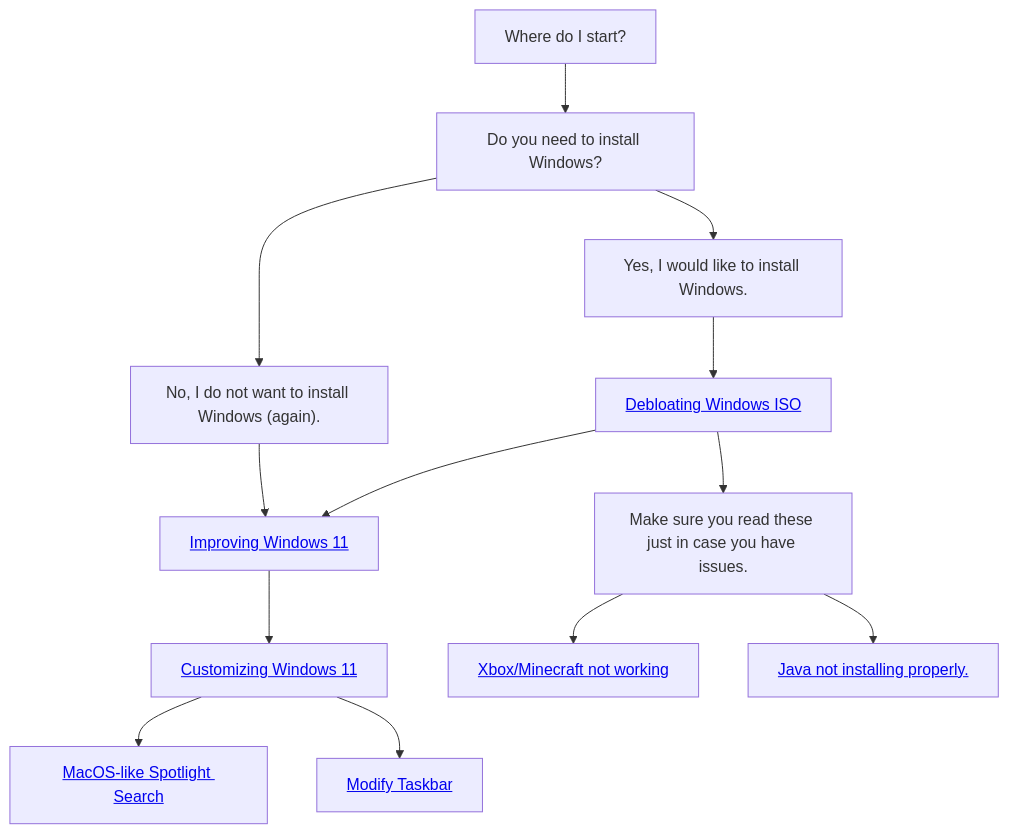
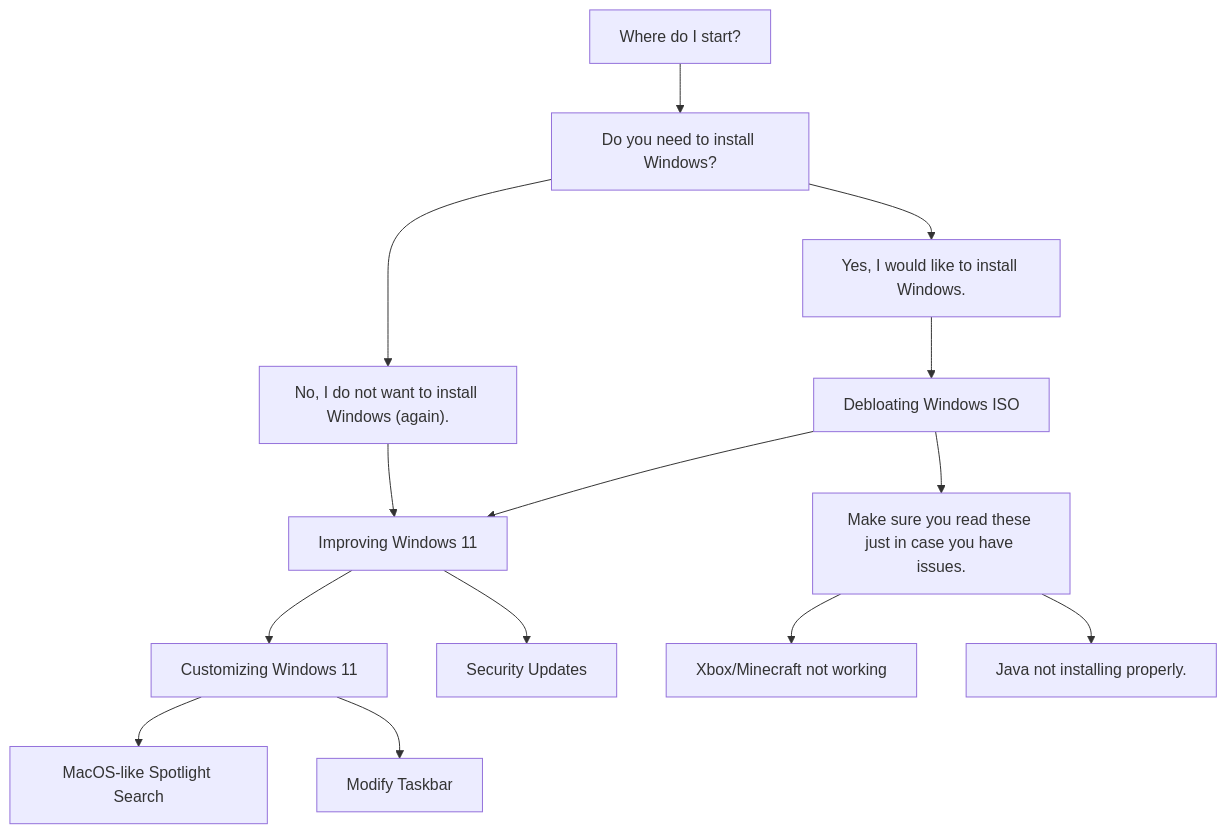
Before and after one commit to anthonymendez/Improve-Windows-11: the diagram in README.md, drawn with Mermaid. The commit also changed other lines of this file and 1 other file, not shown here.

Commit message:
Add section on security updates

````diff
--- a/README.md
+++ b/README.md
@@ -15,16 +15,18 @@
 ```mermaid
    graph TD;
       START[Where do I start?]-->INSTALL["Do you need to install Windows?"]
       INSTALL-->YES-INSTALL["Yes, I would like to install Windows."]
       INSTALL-->NO-INSTALL["No, I do not want to install Windows (again)."]
-      YES-INSTALL-->ISO["<a href="#debloating-windows-iso">Debloating Windows ISO</a>"]
+      YES-INSTALL-->ISO["Debloating Windows ISO"]
       ISO-->IMPROVE
-      NO-INSTALL-->IMPROVE["<a href="#improving-windows-11">Improving Windows 11</a>"]
-      IMPROVE-->CUSTOMIZE["<a href="#customizing-windows-11">Customizing Windows 11</a>"]
-      CUSTOMIZE-->SEARCH["<a href="#macos-like-spotlight-search">MacOS-like Spotlight Search</a>"]
-      CUSTOMIZE-->TASKBAR["<a href="#modify-taskbar">Modify Taskbar</a>"]
+      NO-INSTALL-->IMPROVE["Improving Windows 11"]
+      IMPROVE-->CUSTOMIZE["Customizing Windows 11"]
+      CUSTOMIZE-->SEARCH["MacOS-like Spotlight Search"]
+      CUSTOMIZE-->TASKBAR["Modify Taskbar"]
+      
+      IMPROVE-->SECURITY["Security Updates"]
 
       ISO-->FYI["Make sure you read these just in case you have issues."]
-      FYI-->XBOX["<a href="#xbox-and-minecraft-launcher-not-working">Xbox/Minecraft not working</a>"]
-      FYI-->JAVA["<a href="#java-installation">Java not installing properly.</a>"]
+      FYI-->XBOX["Xbox/Minecraft not working"]
+      FYI-->JAVA["Java not installing properly."]
 ```
````
